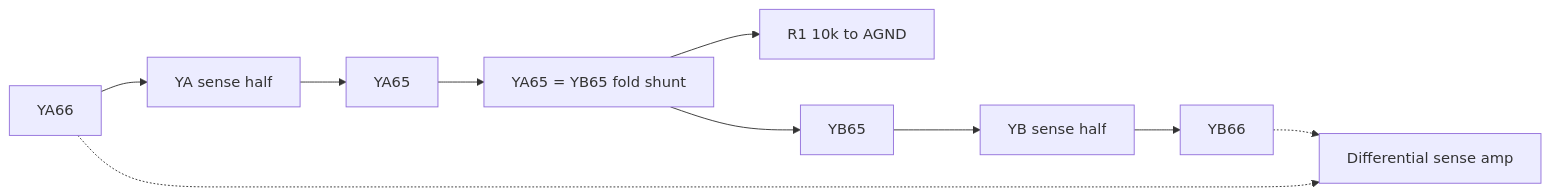
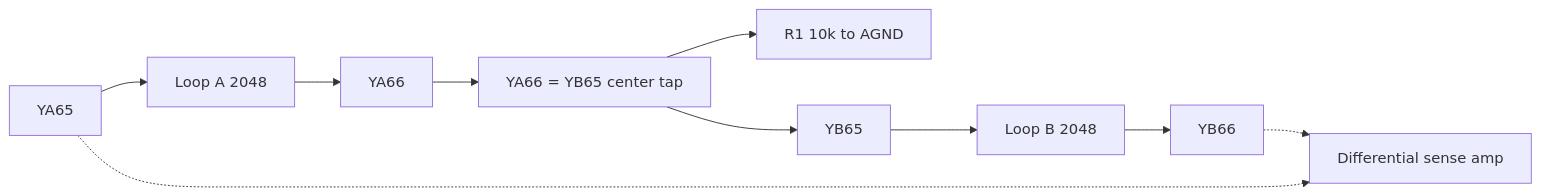
Before and after one commit to fractalclockwork/core-memory: the first of 2 diagrams in docs/theory_of_operation.md, drawn with Mermaid. The commit also changed other lines of this file and 15 other files, not shown here.

````diff
--- a/docs/theory_of_operation.md
+++ b/docs/theory_of_operation.md
@@ -48,12 +48,12 @@
 ```mermaid
 flowchart LR
-  YA66[YA66] --> ArrayYA[YA sense half]
-  ArrayYA --> YA65[YA65]
-  YA65 --> Shunt["YA65 = YB65 fold shunt"]
-  Shunt --> SoftMid["R1 10k to AGND"]
-  Shunt --> YB65[YB65]
-  YB65 --> ArrayYB[YB sense half]
+  YA65[YA65] --> ArrayYA[Loop A 2048]
+  ArrayYA --> YA66[YA66]
+  YA66 --> Jumper["YA66 = YB65 center tap"]
+  Jumper --> SoftMid["R1 10k to AGND"]
+  Jumper --> YB65[YB65]
+  YB65 --> ArrayYB[Loop B 2048]
   ArrayYB --> YB66[YB66]
-  YA66 -.-> SenseAmp[Differential sense amp]
+  YA65 -.-> SenseAmp[Differential sense amp]
   YB66 -.-> SenseAmp
 ```
````
